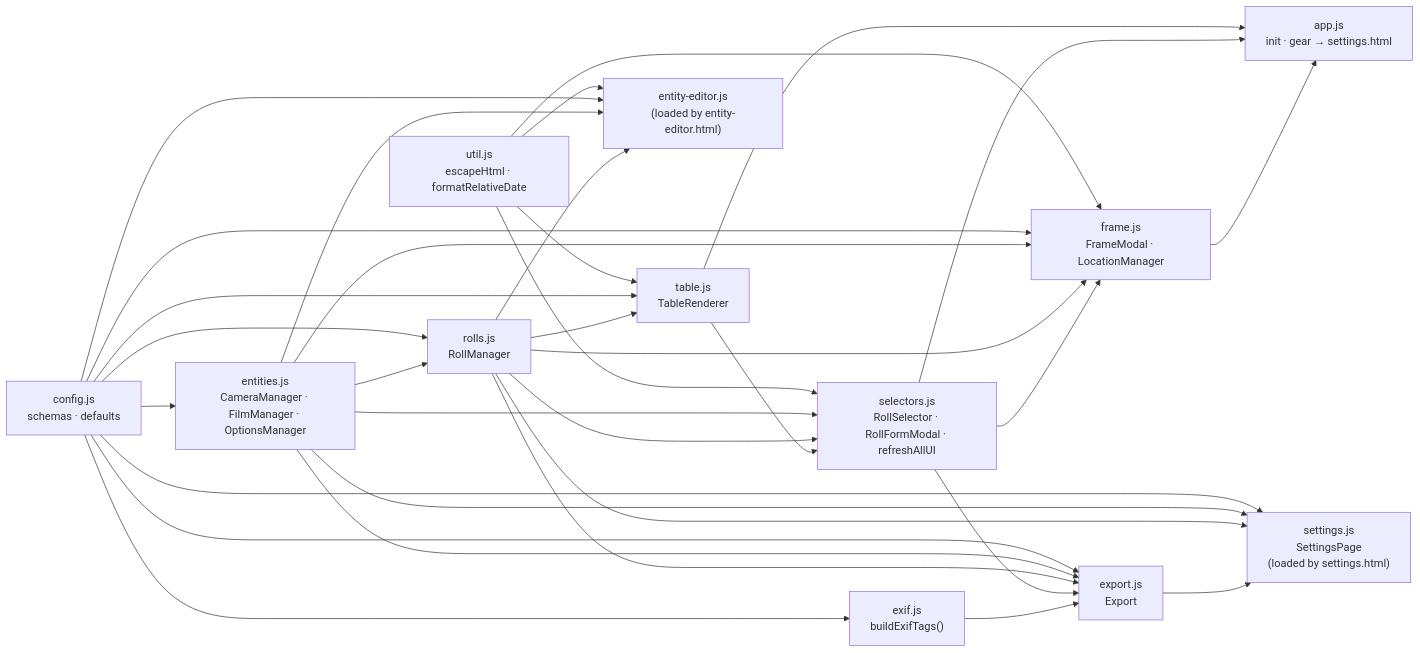
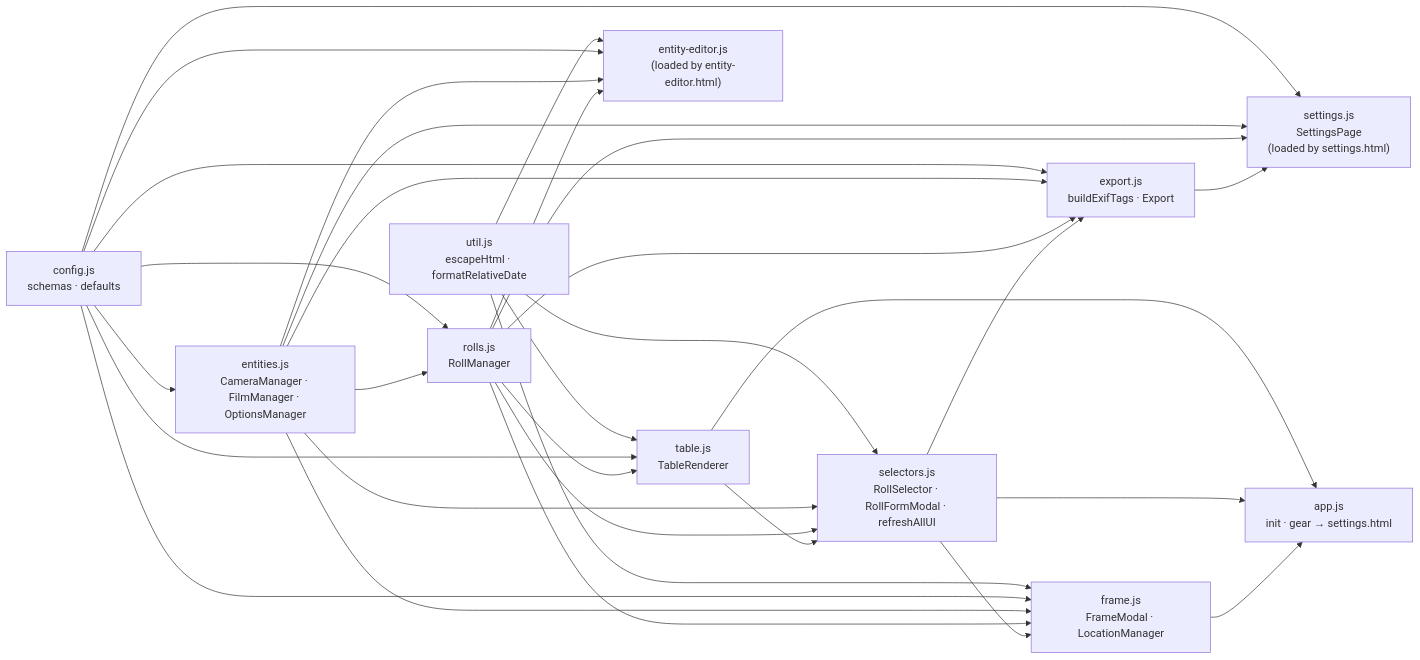
Before and after one commit to caksoylar/rolleirecord: the first of 5 diagrams in architecture.md, drawn with Mermaid. The commit also changed other lines of this file and 5 other files, not shown here.

Commit message:
refactor: inline buildExifTags from exif.js into export.js

````diff
--- a/architecture.md
+++ b/architecture.md
@@ -43,53 +41,50 @@
 ```mermaid
 graph LR
     util["util.js\nescapeHtml · formatRelativeDate"]
     config["config.js\nschemas · defaults"]
     entities["entities.js\nCameraManager · FilmManager · OptionsManager"]
     rolls["rolls.js\nRollManager"]
     table["table.js\nTableRenderer"]
     selectors["selectors.js\nRollSelector · RollFormModal · refreshAllUI"]
-    exif["exif.js\nbuildExifTags()"]
-    export_["export.js\nExport"]
+    export_["export.js\nbuildExifTags · Export"]
     frame["frame.js\nFrameModal · LocationManager"]
     app["app.js\ninit · gear → settings.html"]
     entity_editor["entity-editor.js\n(loaded by entity-editor.html)"]
     settings["settings.js\nSettingsPage\n(loaded by settings.html)"]
 
     util --> table
     util --> selectors
     util --> frame
     util --> entity_editor
 
     config --> entities
     config --> rolls
     config --> table
     config --> frame
     config --> export_
-    config --> exif
     config --> entity_editor
     config --> settings
 
     entities --> rolls
     entities --> selectors
     entities --> frame
     entities --> export_
     entities --> entity_editor
     entities --> settings
 
     rolls --> selectors
     rolls --> table
     rolls --> frame
     rolls --> export_
     rolls --> settings
     rolls --> entity_editor
 
     table --> selectors
     table --> app
 
     selectors --> app
     selectors --> export_
     selectors --> frame
-    exif --> export_
     export_ --> settings
     frame --> app
 ```
````
